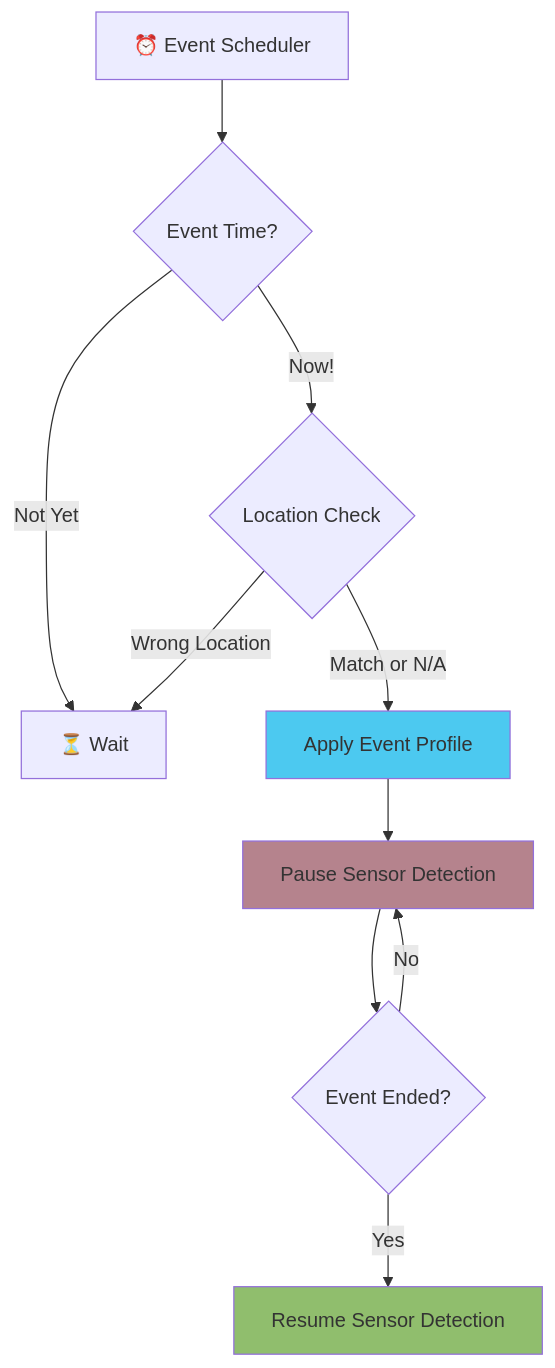
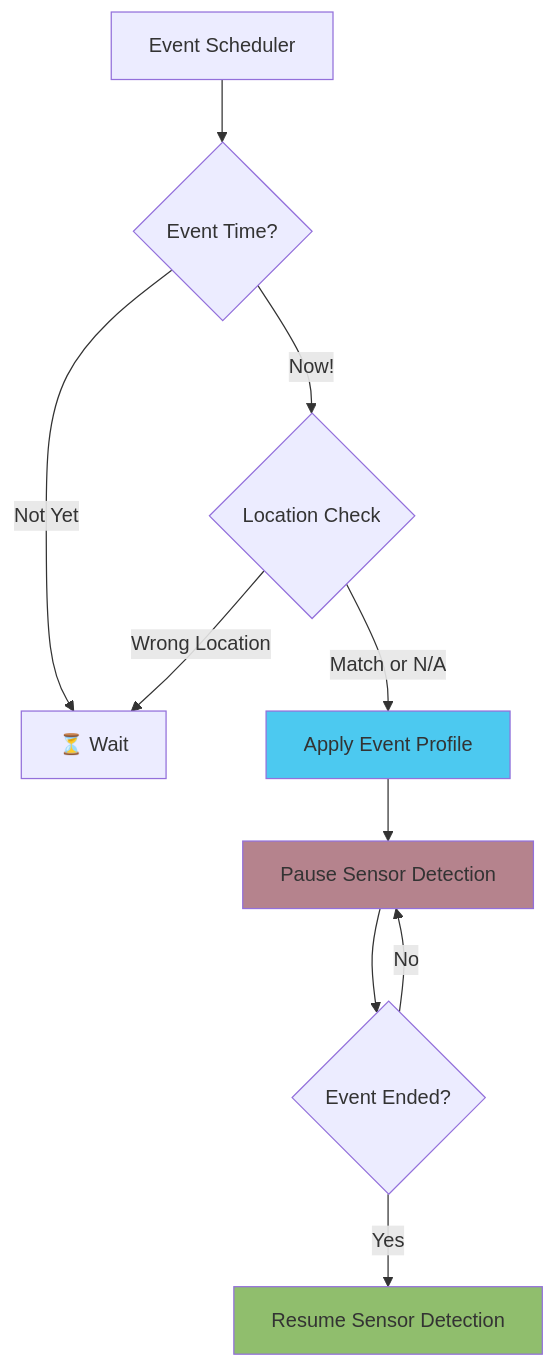
The second of 3 diagrams in docs/index.md (LRManamperi/Silentmate-Docs), drawn with Mermaid before and after one commit. The commit also changed other lines of this file, not shown here.

````diff
--- a/docs/index.md
+++ b/docs/index.md
@@ -281,16 +277,16 @@
 ```mermaid
 graph TD
-    A[⏰ Event Scheduler] --> B{Event Time?}
+    A[Event Scheduler] --> B{Event Time?}
     B -->|Not Yet| C[⏳ Wait]
     B -->|Now!| D{Location Check}
     D -->|Match or N/A| E[Apply Event Profile]
     D -->|Wrong Location| C
     E --> F[Pause Sensor Detection]
     F --> G{Event Ended?}
     G -->|No| F
     G -->|Yes| H[Resume Sensor Detection]
     
     style E fill:#4cc9f0
     style F fill:#b5838d
     style H fill:#90be6d
 ```
````
